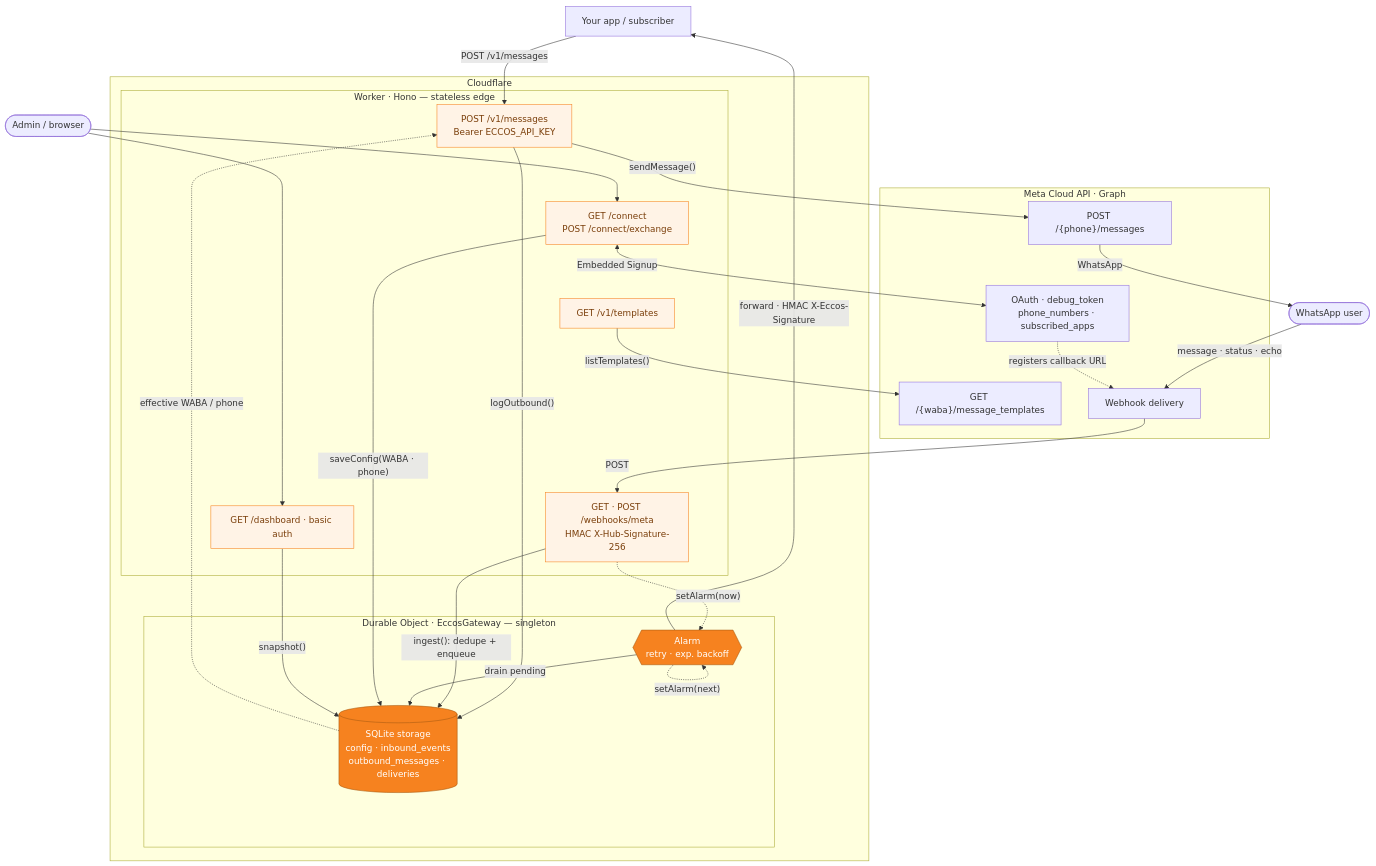
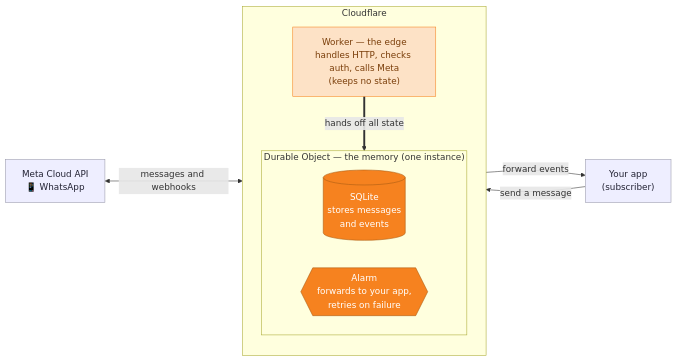
One commit to santigamo/eccos changed the diagram in README.md. Above: the diagram before and after it, drawn with Mermaid. The commit also changed other lines of this file, not shown here.

Commit message:
docs: simplify the Cloudflare architecture diagram
Replace the dense route-level topology with a layered "where it runs"
view: one Cloudflare box holding the stateless Worker (edge) and the
Durable Object (SQLite + Alarm), with Meta/WhatsApp and your app on the
sides. Plain-language labels, color-coded primitives, and a scannable
table instead of the implementation-detail bullet list. Diagram
re-validated and rendered with mermaid-cli.

````diff
--- a/README.md
+++ b/README.md
@@ -55,57 +55,27 @@
 ```mermaid
-flowchart TB
-    app["Your app / subscriber"]
-    user(["WhatsApp user"])
-    admin(["Admin / browser"])
+flowchart LR
+    meta["Meta Cloud API<br/>📱 WhatsApp"]
+    app["Your app<br/>(subscriber)"]
 
-    subgraph meta["Meta Cloud API · Graph"]
-        send_ep["POST /{phone}/messages"]
-        tmpl_ep["GET /{waba}/message_templates"]
-        oauth_ep["OAuth · debug_token<br/>phone_numbers · subscribed_apps"]
-        hook["Webhook delivery"]
+    subgraph cf["Cloudflare"]
+        direction TB
+        worker["Worker — the edge<br/>handles HTTP, checks auth, calls Meta<br/>(keeps no state)"]
+        subgraph dobj["Durable Object — the memory (one instance)"]
+            direction LR
+            sqlite[("SQLite<br/>stores messages<br/>and events")]
+            alarm{{"Alarm<br/>forwards to your app,<br/>retries on failure"}}
+        end
+        worker ==>|"hands off all state"| dobj
     end
 
-    subgraph cf["Cloudflare"]
-        subgraph worker["Worker · Hono — stateless edge"]
-            send_r["POST /v1/messages<br/>Bearer ECCOS_API_KEY"]
-            tmpl_r["GET /v1/templates"]
-            hook_r["GET · POST /webhooks/meta<br/>HMAC X-Hub-Signature-256"]
-            conn_r["GET /connect<br/>POST /connect/exchange"]
-            dash_r["GET /dashboard · basic auth"]
-        end
+    app -->|"send a message"| worker
+    meta <-->|"messages and webhooks"| worker
+    alarm -->|"forward events"| app
 
-        subgraph dobj["Durable Object · EccosGateway — singleton"]
-            store[("SQLite storage<br/>config · inbound_events<br/>outbound_messages · deliveries")]
-            alarm{{"Alarm<br/>retry · exp. backoff"}}
-        end
-    end
-
-    app -->|"POST /v1/messages"| send_r
-    send_r -->|"sendMessage()"| send_ep
-    send_r -->|"logOutbound()"| store
-    send_ep -->|"WhatsApp"| user
-
-    user -->|"message · status · echo"| hook
-    hook -->|"POST"| hook_r
-    hook_r -->|"ingest(): dedupe + enqueue"| store
-    hook_r -.->|"setAlarm(now)"| alarm
-
-    alarm -->|"drain pending"| store
-    alarm -->|"forward · HMAC X-Eccos-Signature"| app
-    alarm -.->|"setAlarm(next)"| alarm
-
-    tmpl_r -->|"listTemplates()"| tmpl_ep
-
-    admin --> conn_r
-    admin --> dash_r
-    conn_r <-->|"Embedded Signup"| oauth_ep
-    conn_r -->|"saveConfig(WABA · phone)"| store
-    oauth_ep -.->|"registers callback URL"| hook
-    dash_r -->|"snapshot()"| store
-    store -.->|"effective WABA / phone"| send_r
-
-    classDef prim fill:#f6821f,stroke:#a85a12,color:#fff;
-    classDef edge fill:#fff3e6,stroke:#f6821f,color:#7a3e0a;
-    class store,alarm prim;
-    class send_r,tmpl_r,hook_r,conn_r,dash_r edge;
+    classDef ext fill:#eef,stroke:#99a,color:#223;
+    classDef edge2 fill:#fde2c6,stroke:#f6821f,color:#7a3e0a;
+    classDef stateful fill:#f6821f,stroke:#a85a12,color:#fff;
+    class meta,app ext;
+    class worker edge2;
+    class sqlite,alarm stateful;
 ```
````
